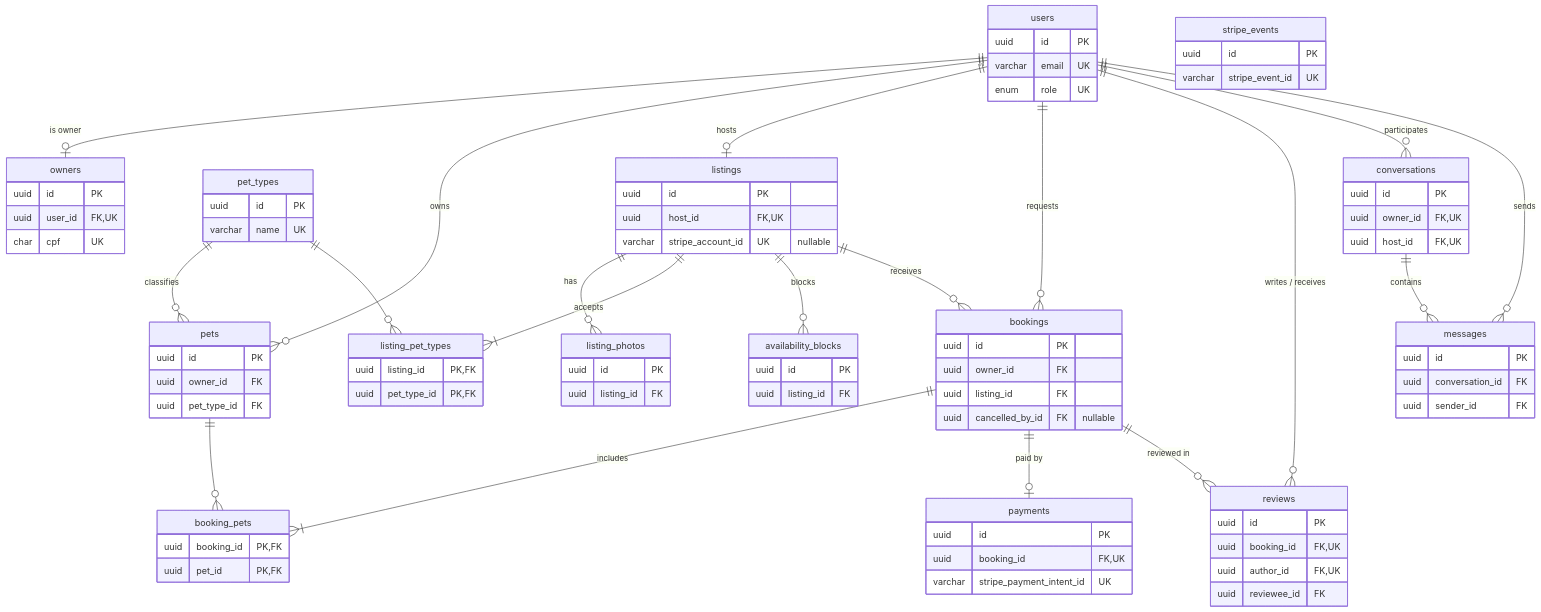
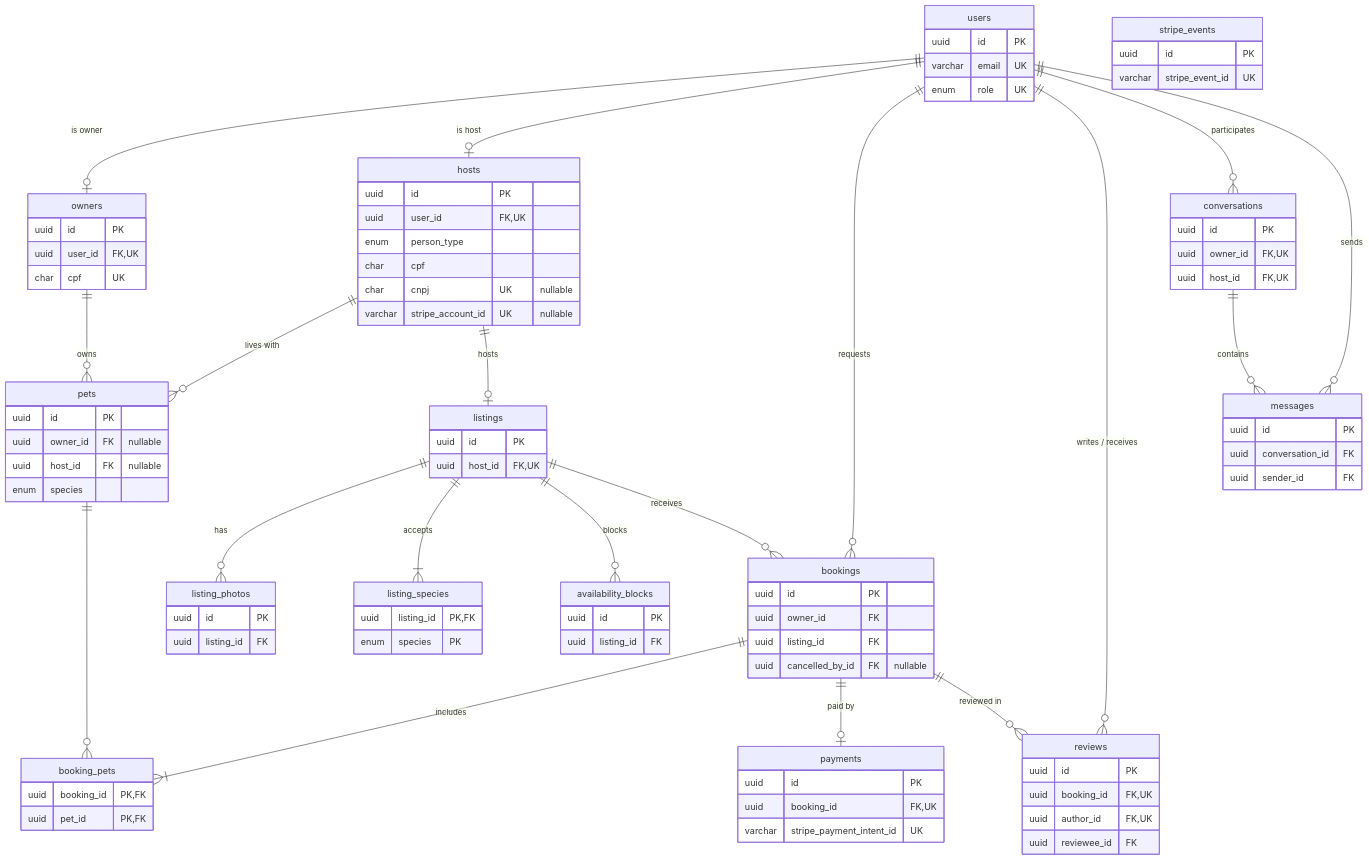
The diagram in docs/escopo-mvp.md (Olival42/pethost_backend), drawn with Mermaid before and after one commit. The commit also changed other lines of this file and 125 other files, not shown here.

````diff
--- a/docs/escopo-mvp.md
+++ b/docs/escopo-mvp.md
@@ -201,12 +201,12 @@
 ```mermaid
 erDiagram
     users ||--o| owners : "is owner"
-    users ||--o{ pets : "owns"
-    pet_types ||--o{ pets : "classifies"
-    users ||--o| listings : "hosts"
+    users ||--o| hosts : "is host"
+    owners ||--o{ pets : "owns"
+    hosts ||--o{ pets : "lives with"
+    hosts ||--o| listings : "hosts"
     listings ||--o{ listing_photos : "has"
-    listings ||--|{ listing_pet_types : "accepts"
-    pet_types ||--o{ listing_pet_types : ""
+    listings ||--|{ listing_species : "accepts"
     listings ||--o{ availability_blocks : "blocks"
     users ||--o{ bookings : "requests"
     listings ||--o{ bookings : "receives"
@@ -228,27 +228,31 @@
         uuid user_id FK, UK
         char cpf UK
     }
-    pet_types {
+    hosts {
         uuid id PK
-        varchar name UK
+        uuid user_id FK, UK
+        enum person_type
+        char cpf
+        char cnpj UK "nullable"
+        varchar stripe_account_id UK "nullable"
     }
     pets {
         uuid id PK
-        uuid owner_id FK
-        uuid pet_type_id FK
+        uuid owner_id FK "nullable"
+        uuid host_id FK "nullable"
+        enum species
     }
     listings {
         uuid id PK
         uuid host_id FK, UK
-        varchar stripe_account_id UK "nullable"
     }
     listing_photos {
         uuid id PK
         uuid listing_id FK
     }
-    listing_pet_types {
+    listing_species {
         uuid listing_id PK, FK
-        uuid pet_type_id PK, FK
+        enum species PK
     }
     availability_blocks {
         uuid id PK
````
